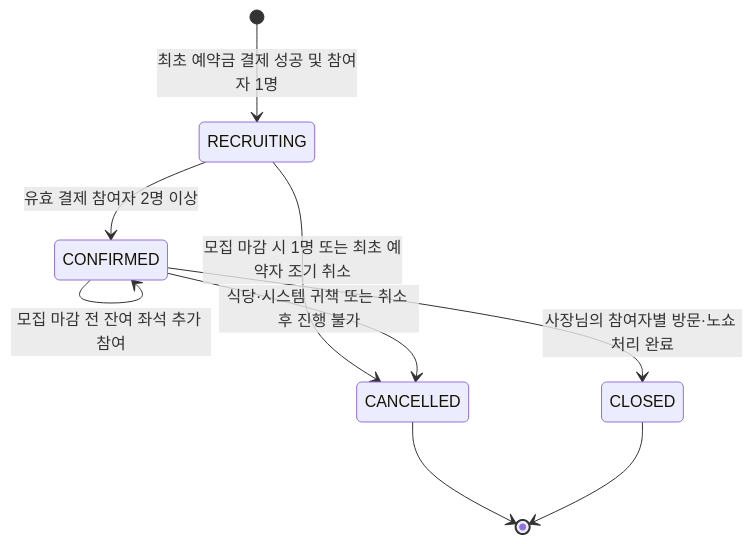
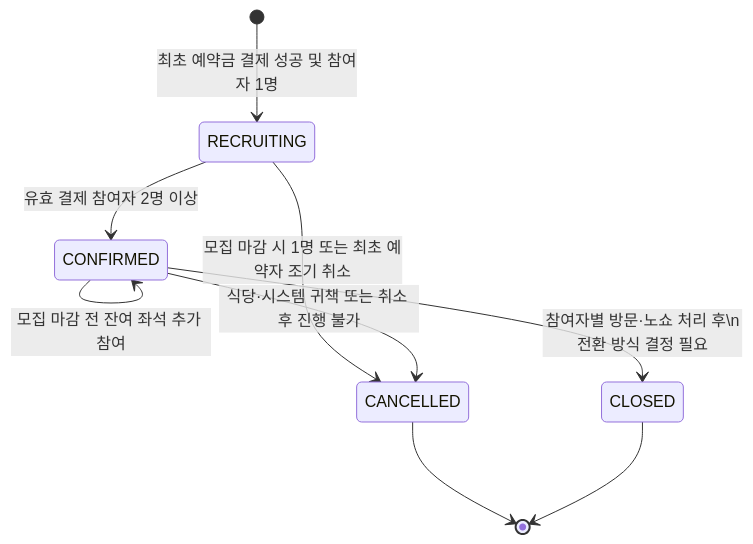
The second of 5 diagrams in docs/bobfull_full_flowchart_mermaid.md (bobfull-project/bobfull-backend), drawn with Mermaid before and after one commit. The commit also changed other lines of this file, not shown here.

````diff
--- a/docs/bobfull_full_flowchart_mermaid.md
+++ b/docs/bobfull_full_flowchart_mermaid.md
@@ -258,15 +262,15 @@
 ```mermaid
 stateDiagram-v2
     [*] --> RECRUITING: 최초 예약금 결제 성공 및 참여자 1명
 
     RECRUITING --> CONFIRMED: 유효 결제 참여자 2명 이상
     CONFIRMED --> CONFIRMED: 모집 마감 전 잔여 좌석 추가 참여
 
     RECRUITING --> CANCELLED: 모집 마감 시 1명 또는 최초 예약자 조기 취소
     CONFIRMED --> CANCELLED: 식당·시스템 귀책 또는 취소 후 진행 불가
 
-    CONFIRMED --> CLOSED: 사장님의 참여자별 방문·노쇼 처리 완료
+    CONFIRMED --> CLOSED: 참여자별 방문·노쇼 처리 후\n전환 방식 결정 필요
 
     CANCELLED --> [*]
     CLOSED --> [*]
 ```
````
